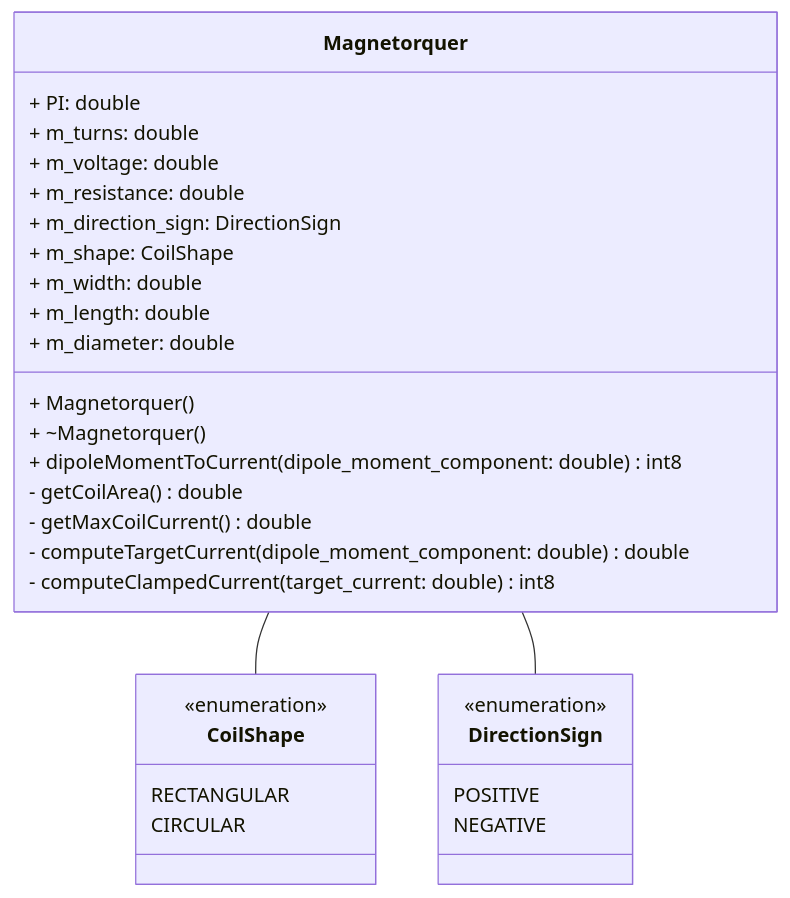
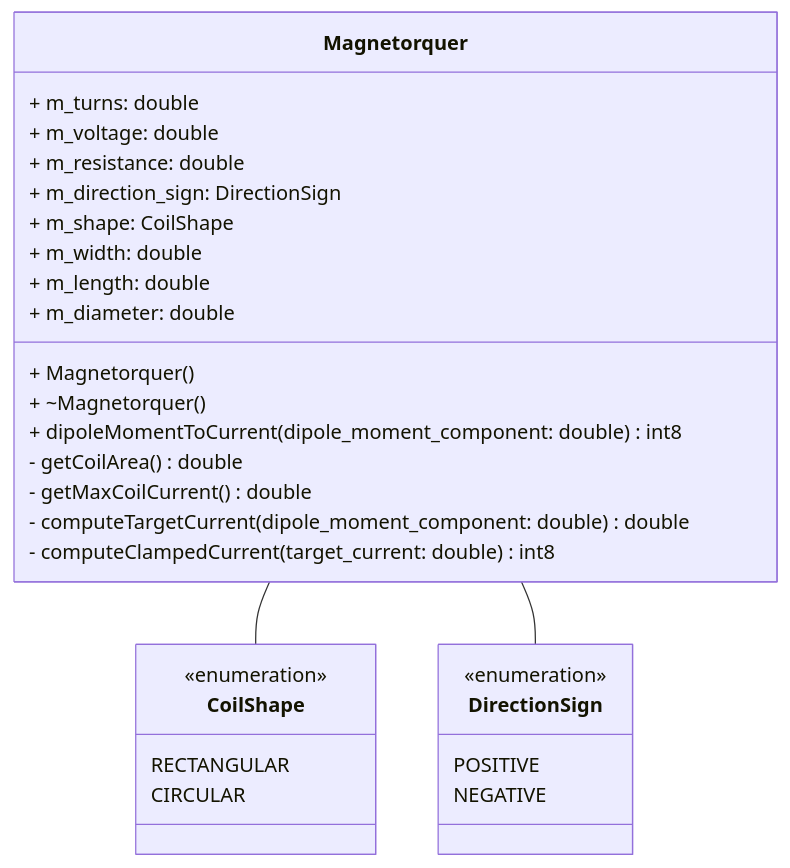
One commit to Open-Source-Space-Foundation/proves-core-reference changed the third of 5 diagrams in FprimeZephyrReference/Components/DetumbleManager/docs/sdd.md. Above: the diagram before and after it, drawn with Mermaid. The commit also changed other lines of this file and 2 other files, not shown here.

````diff
--- a/FprimeZephyrReference/Components/DetumbleManager/docs/sdd.md
+++ b/FprimeZephyrReference/Components/DetumbleManager/docs/sdd.md
@@ -189,33 +207,32 @@
 ```mermaid
 classDiagram
     class Magnetorquer {
         + Magnetorquer()
         + ~Magnetorquer()
         + dipoleMomentToCurrent(dipole_moment_component: double) int8
         - getCoilArea() double
         - getMaxCoilCurrent() double
         - computeTargetCurrent(dipole_moment_component: double) double
         - computeClampedCurrent(target_current: double) int8
-        + PI: double
         + m_turns: double
         + m_voltage: double
         + m_resistance: double
         + m_direction_sign: DirectionSign
         + m_shape: CoilShape
         + m_width: double
         + m_length: double
         + m_diameter: double
     }
     class CoilShape {
         <<enumeration>>
         RECTANGULAR
         CIRCULAR
     }
     class DirectionSign {
         <<enumeration>>
         POSITIVE
         NEGATIVE
     }
     Magnetorquer -- CoilShape
     Magnetorquer -- DirectionSign
 ```
````
